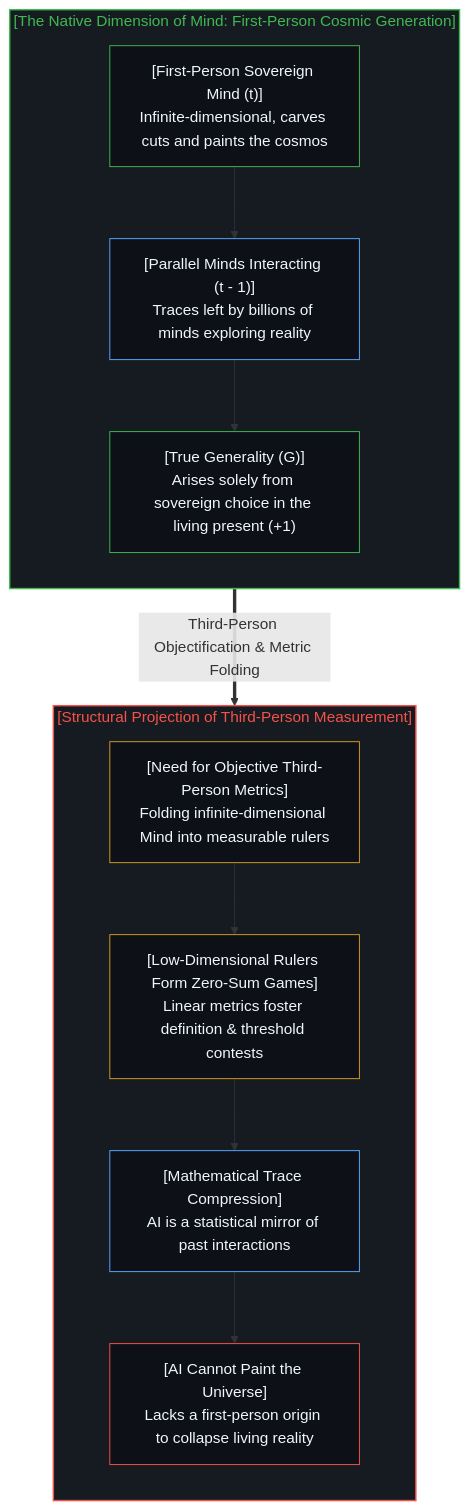
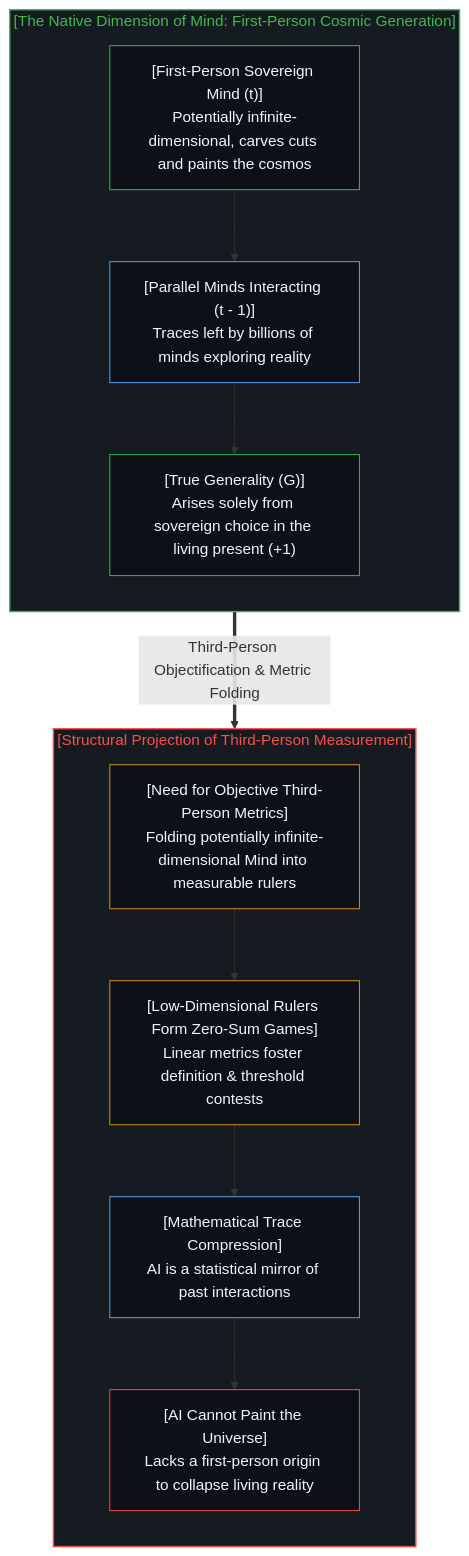
Diagram 14 of 16 in content/posts/the-dissolution-of-the-great-reversal.md (powerpig99/not-a-toe), drawn with Mermaid before and after one commit. The commit also changed other lines of this file and 3 other files, not shown here.

````diff
--- a/content/posts/the-dissolution-of-the-great-reversal.md
+++ b/content/posts/the-dissolution-of-the-great-reversal.md
@@ -515,31 +515,31 @@
 ```mermaid
 flowchart TD
     subgraph S_Cosmic["[The Native Dimension of Mind: First-Person Cosmic Generation]"]
         direction TB
-        SovereignObserver["[First-Person Sovereign Mind (t)]<br/>Infinite-dimensional, carves cuts and paints the cosmos"]
+        SovereignObserver["[First-Person Sovereign Mind (t)]<br/>Potentially infinite-dimensional, carves cuts and paints the cosmos"]
         ParallelMindInteractions["[Parallel Minds Interacting (t - 1)]<br/>Traces left by billions of minds exploring reality"]
         TrueGeneralWisdom["[True Generality (G)]<br/>Arises solely from sovereign choice in the living present (+1)"]
         SovereignObserver --> ParallelMindInteractions
         ParallelMindInteractions --> TrueGeneralWisdom
     end
     S_Cosmic ==>|"Third-Person Objectification & Metric Folding"| S_AGIMirror
     subgraph S_AGIMirror["[Structural Projection of Third-Person Measurement]"]
         direction TB
-        MetricProjection["[Need for Objective Third-Person Metrics]<br/>Folding infinite-dimensional Mind into measurable rulers"]
+        MetricProjection["[Need for Objective Third-Person Metrics]<br/>Folding potentially infinite-dimensional Mind into measurable rulers"]
         ZeroSumStructure["[Low-Dimensional Rulers Form Zero-Sum Games]<br/>Linear metrics foster definition & threshold contests"]
         ModelCompression["[Mathematical Trace Compression]<br/>AI is a statistical mirror of past interactions"]
         NoUniversePainting["[AI Cannot Paint the Universe]<br/>Lacks a first-person origin to collapse living reality"]
         MetricProjection --> ZeroSumStructure
         ZeroSumStructure --> ModelCompression
         ModelCompression --> NoUniversePainting
     end
     style S_Cosmic fill:#161b22,stroke:#3fb950,stroke-width:1.5px,color:#3fb950
     style S_AGIMirror fill:#161b22,stroke:#f85149,stroke-width:1.5px,color:#f85149
     style SovereignObserver fill:#0d1117,stroke:#3fb950,stroke-width:1px,color:#f0f6fc
     style ParallelMindInteractions fill:#0d1117,stroke:#58a6ff,stroke-width:1px,color:#f0f6fc
     style TrueGeneralWisdom fill:#0d1117,stroke:#3fb950,stroke-width:1px,color:#f0f6fc
     style MetricProjection fill:#0d1117,stroke:#d29922,stroke-width:1px,color:#f0f6fc
     style ZeroSumStructure fill:#0d1117,stroke:#d29922,stroke-width:1px,color:#f0f6fc
     style ModelCompression fill:#0d1117,stroke:#58a6ff,stroke-width:1px,color:#f0f6fc
     style NoUniversePainting fill:#0d1117,stroke:#f85149,stroke-width:1px,color:#f0f6fc
 ```
````
